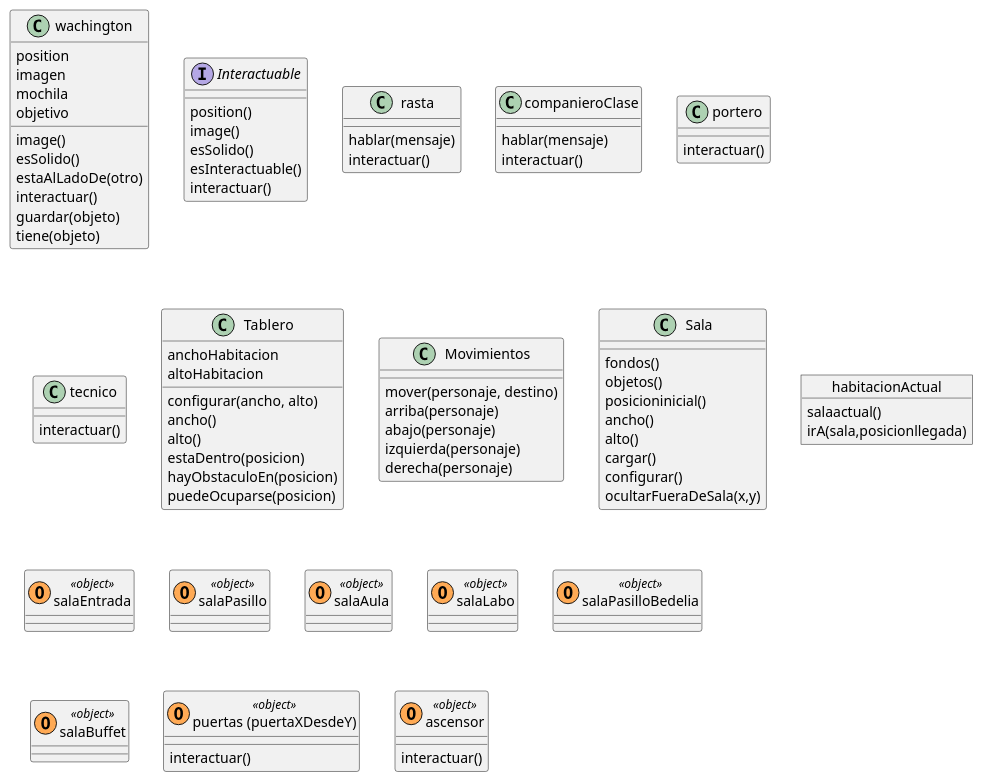
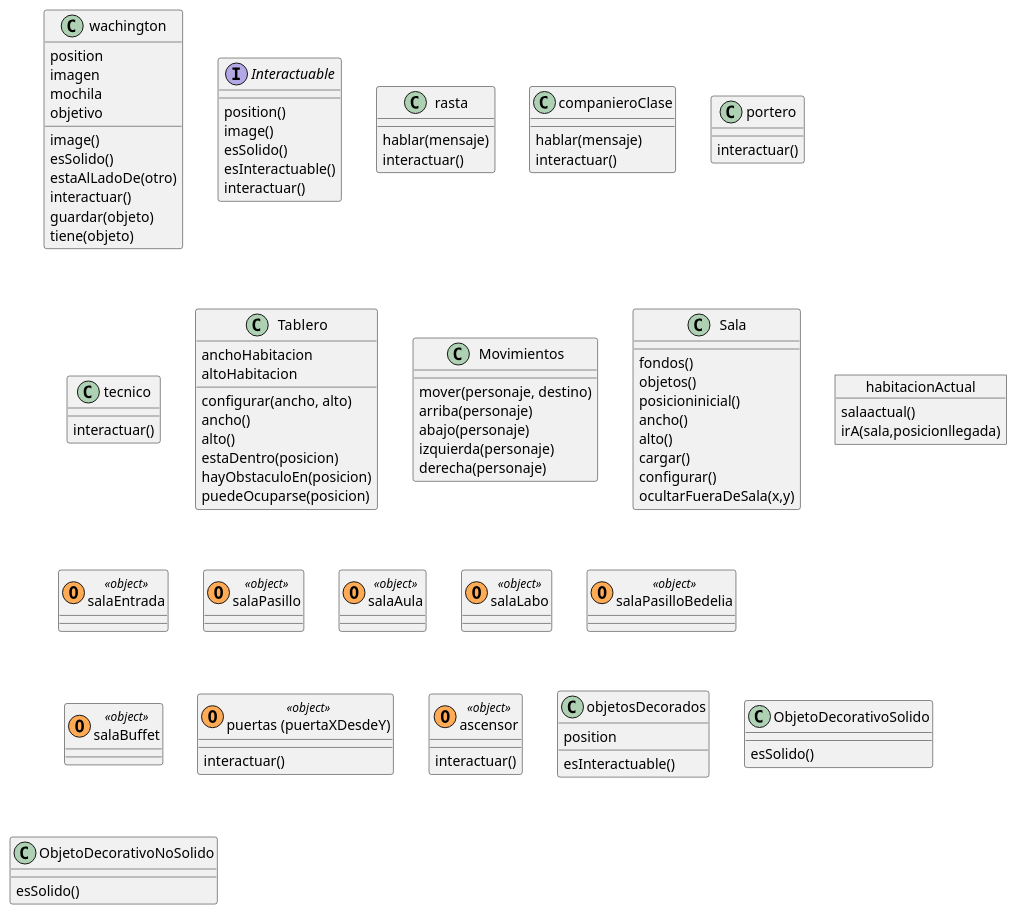
One commit to pdep-mit/tp-wg-2026-poder-Los_pollos_hermanos changed the diagram in Diagrama/diagrama.puml. Above: the diagram before and after it, drawn with PlantUML.

Commit message:
diagrama - decorados

```diff
--- a/Diagrama/diagrama.puml
+++ b/Diagrama/diagrama.puml
@@ -1,97 +1,108 @@
 @startuml Juego
 
 ' Personajes ' 
   class wachington  {
     position
     imagen
     mochila
     objetivo
     image()
     esSolido()
     estaAlLadoDe(otro)
     interactuar()
     guardar(objeto)
     tiene(objeto)
   }
 
   interface Interactuable {
     position()
     image()
     esSolido()
     esInteractuable()
     interactuar()
   }
 
   class rasta  {
     hablar(mensaje)
     interactuar()
   }
   class companieroClase {
     hablar(mensaje)
     interactuar()
   }
   class portero {
     interactuar()
   }
   class tecnico  {
     interactuar()
   }
 
 
 ' Tablero y Movimientos ' 
 class Tablero {
   anchoHabitacion
     altoHabitacion
     configurar(ancho, alto)
     ancho()
     alto()
     estaDentro(posicion)
     hayObstaculoEn(posicion)
     puedeOcuparse(posicion)
   }
 class Movimientos {
   mover(personaje, destino)
     arriba(personaje)
     abajo(personaje)
     izquierda(personaje)
     derecha(personaje)
 }
 
 class Sala {
   fondos()
   objetos()
   posicioninicial()
   ancho()
   alto()
   cargar()
   configurar()
   ocultarFueraDeSala(x,y)
 }
 
 Object habitacionActual {
   salaactual()
   irA(sala,posicionllegada)
 }
 
 ' El #FFAA55 le da el color naranja en el diagrama, es solo un detalle ' 
 ' El O para referenciar que es un objeto (explicar en la presentacion)
   class salaEntrada <<(O,#FFAA55) object>> 
   class salaPasillo <<(O,#FFAA55) object>>
   class salaAula <<(O,#FFAA55) object>>
   class salaLabo <<(O,#FFAA55) object>>
   class salaPasilloBedelia <<(O,#FFAA55) object>>
   class salaBuffet <<(O,#FFAA55) object>>
 
 'lo pongo asi para diferenciar de las decorativas ' 
 class "puertas (puertaXDesdeY)" as puertas <<(O,#FFAA55) object>> {
     interactuar()
   }
 class ascensor <<(O,#FFAA55) object>> {
     interactuar()
   }
 
+' Decorados '
+ class objetosDecorados {
+  position
+    esInteractuable()
+  }
+  class ObjetoDecorativoSolido {
+    esSolido()
+  }
+  class ObjetoDecorativoNoSolido {
+    esSolido()
+  }
 
 
 
 
 @enduml
```
